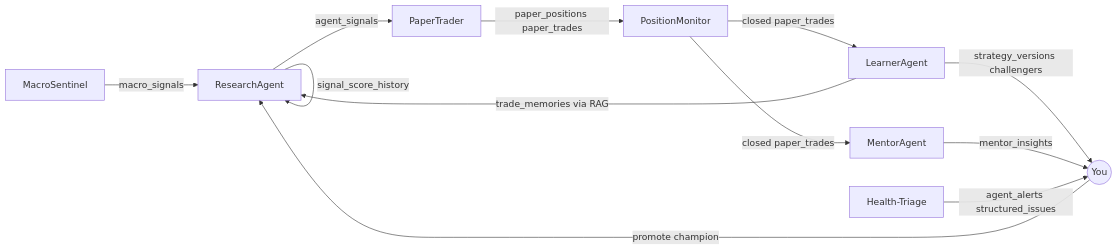
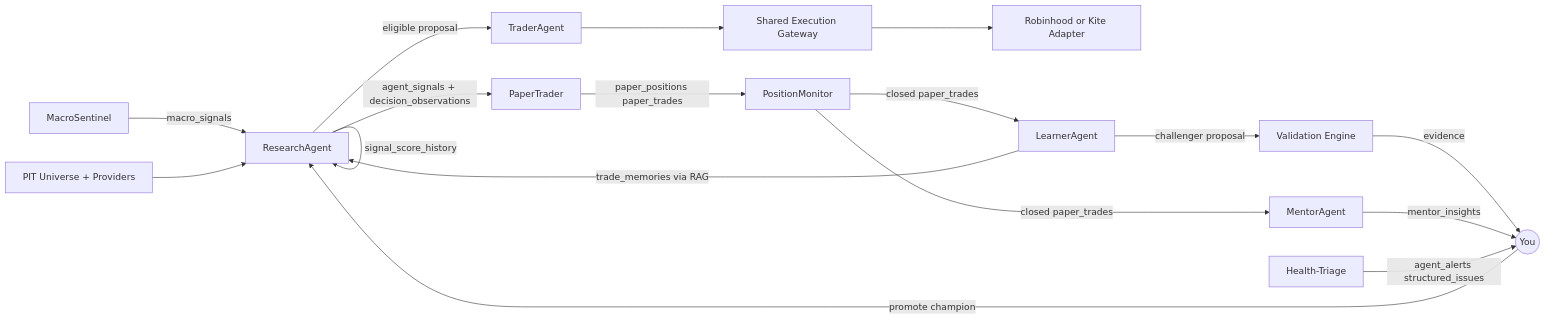
One commit to vaibhavtiwarigithub/financeos changed the diagram in docs/arch/03-agents.md. Above: the diagram before and after it, drawn with Mermaid. The commit also changed other lines of this file and 5 other files, not shown here.

First line of the commit message:
Docs: architecture docs, feature plans, and Codex review artifacts for scoring P0 + live auto

````diff
--- a/docs/arch/03-agents.md
+++ b/docs/arch/03-agents.md
@@ -15,14 +15,19 @@
 ```mermaid
 flowchart LR
   MACRO[MacroSentinel] --> |macro_signals| RESEARCH[ResearchAgent]
-  RESEARCH --> |agent_signals| PAPER[PaperTrader]
+  UNIVERSE[PIT Universe + Providers] --> RESEARCH
+  RESEARCH --> |agent_signals + decision_observations| PAPER[PaperTrader]
+  RESEARCH --> |eligible proposal| TRADER[TraderAgent]
+  TRADER --> GATEWAY[Shared Execution Gateway]
+  GATEWAY --> BROKER[Robinhood or Kite Adapter]
   RESEARCH --> |signal_score_history| RESEARCH
   PAPER --> |paper_positions paper_trades| MONITOR[PositionMonitor]
   MONITOR --> |closed paper_trades| LEARNER[LearnerAgent]
-  LEARNER --> |strategy_versions challengers| USER((You))
+  LEARNER --> |challenger proposal| VALIDATE[Validation Engine]
+  VALIDATE --> |evidence| USER((You))
   USER --> |promote champion| RESEARCH
   MONITOR --> |closed paper_trades| MENTOR[MentorAgent]
   MENTOR --> |mentor_insights| USER
   HEALTH[Health-Triage] --> |agent_alerts structured_issues| USER
   LEARNER --> |trade_memories via RAG| RESEARCH
 ```
````
